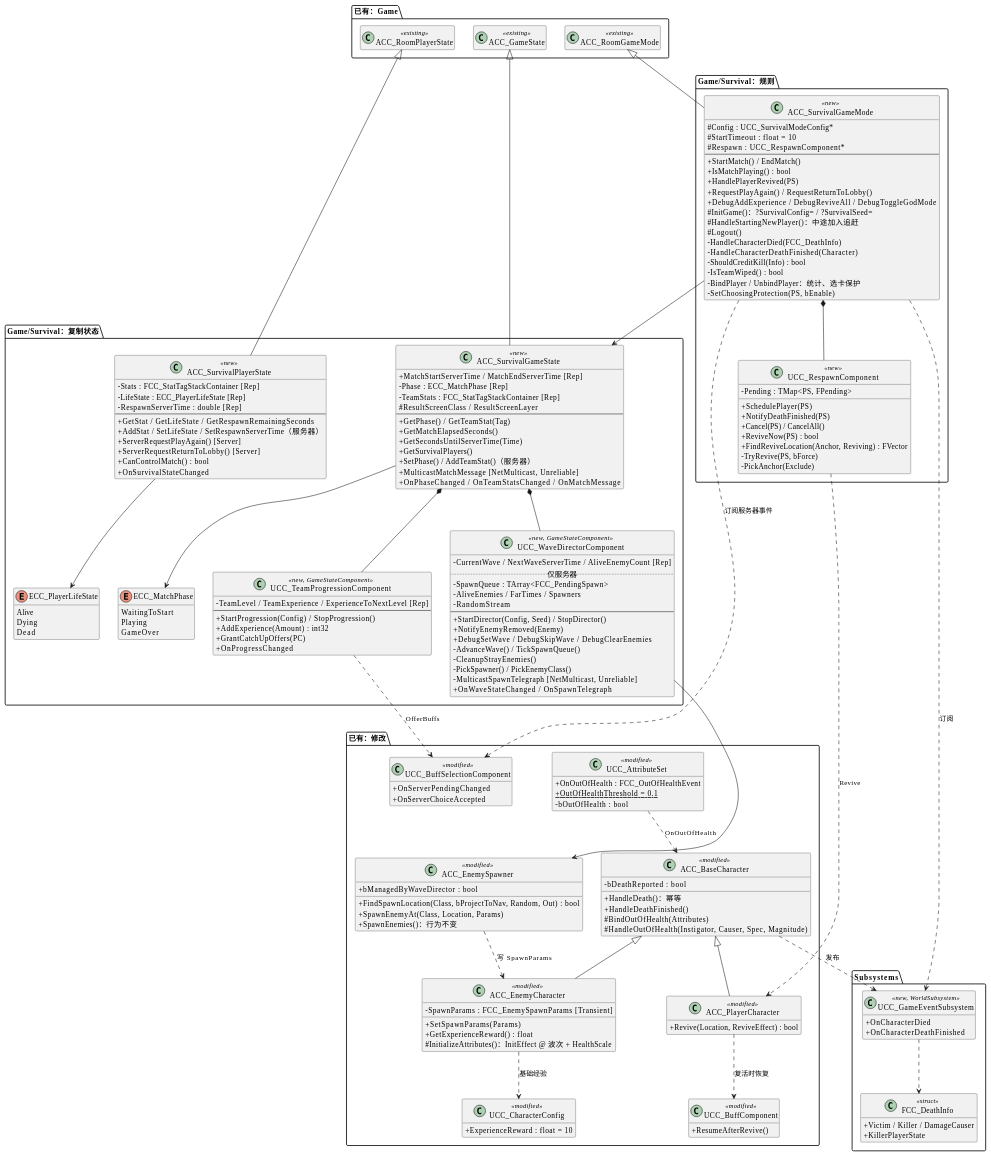
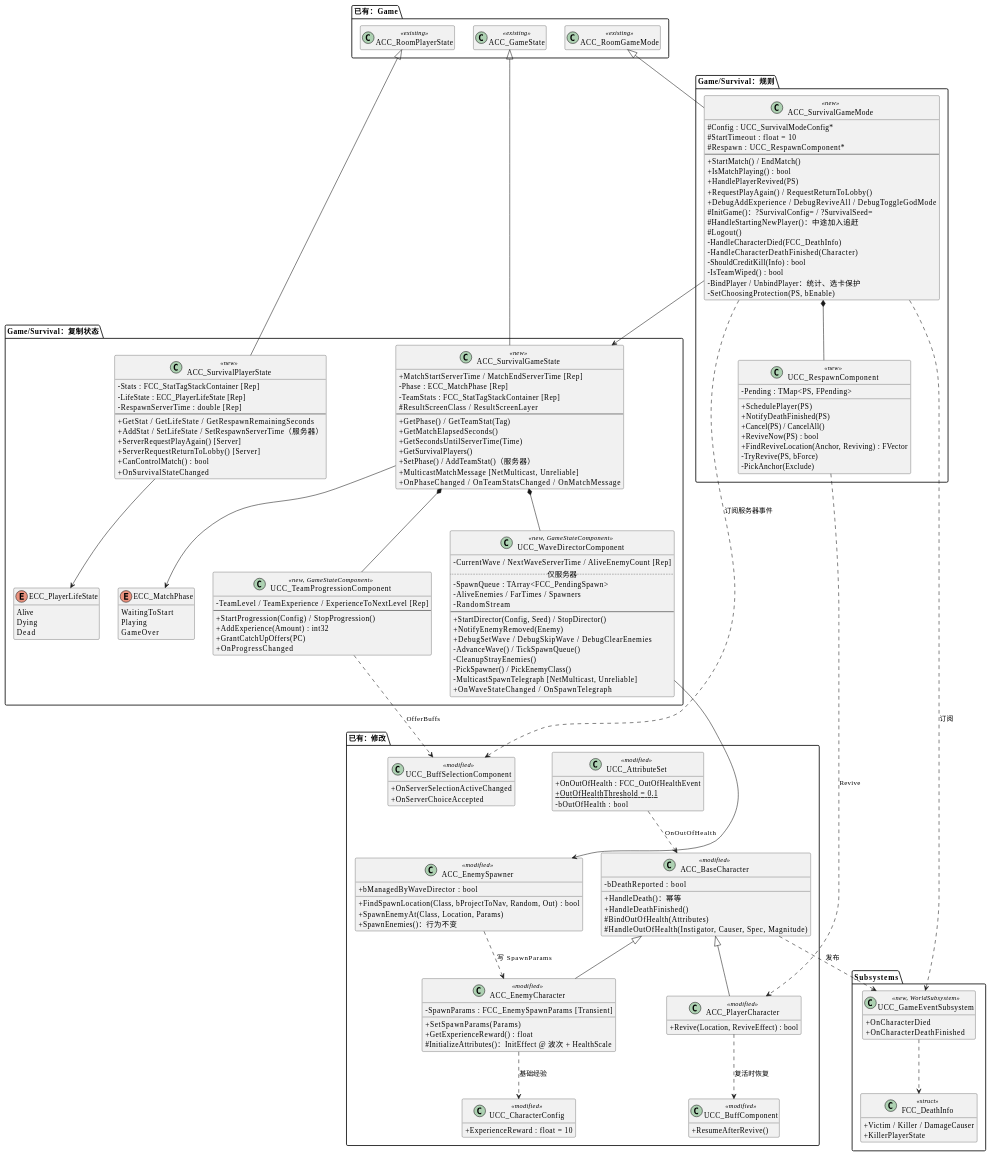
The third of 11 diagrams in Docs/SurvivalMode.zh-CN.md (peng984251536/GAS_Demo), drawn with PlantUML before and after one commit. The commit also changed other lines of this file and 64 other files, not shown here.

```diff
--- a/Docs/SurvivalMode.zh-CN.md
+++ b/Docs/SurvivalMode.zh-CN.md
@@ -356,7 +356,7 @@
     + ResumeAfterRevive()
   }
   class UCC_BuffSelectionComponent <<modified>> {
-    + OnServerPendingChanged
+    + OnServerSelectionActiveChanged
     + OnServerChoiceAccepted
   }
   class UCC_CharacterConfig <<modified>> {
```
